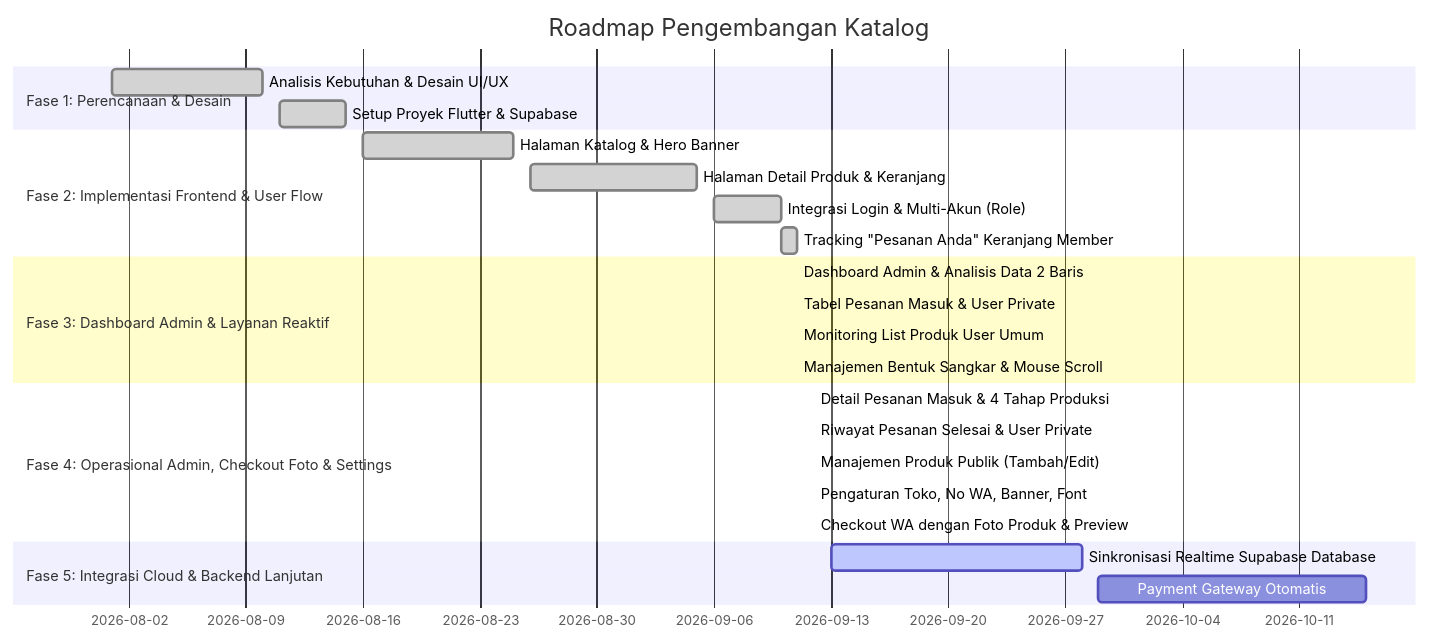
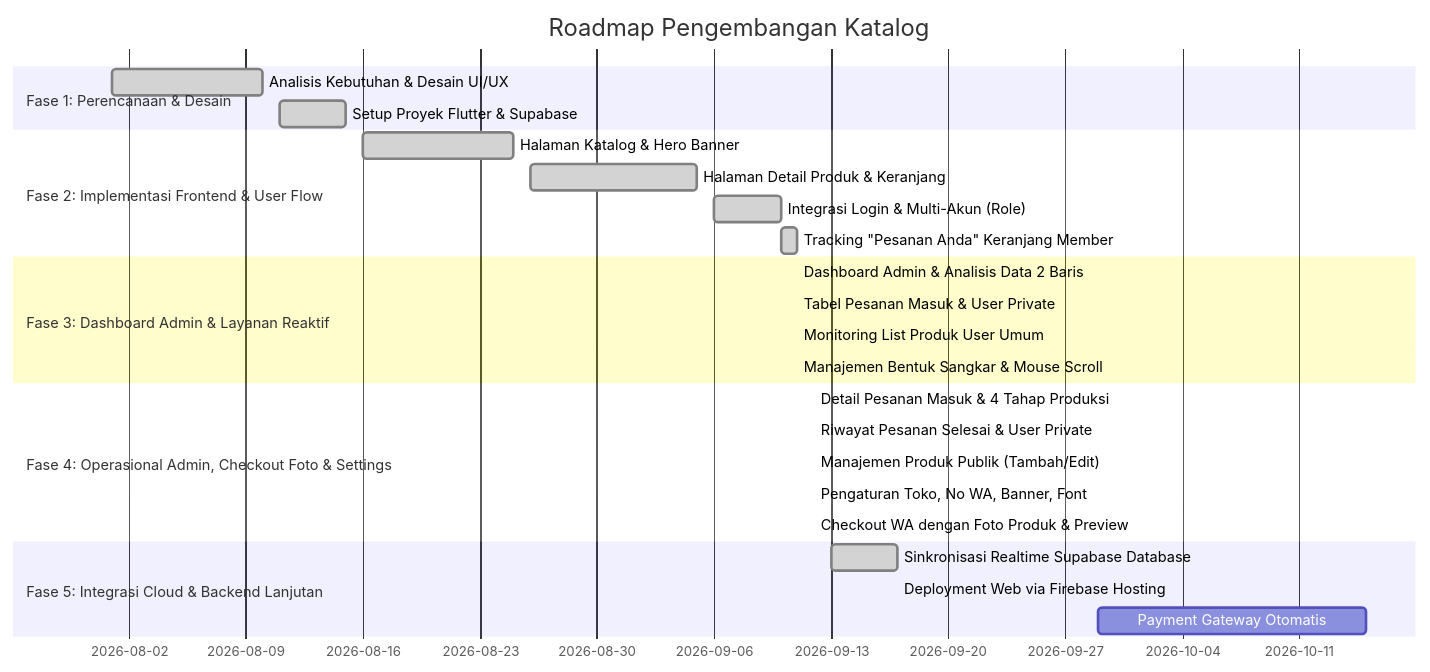
The diagram in dokumen/planing/README.md (Dav2257/katalog), drawn with Mermaid before and after one commit. The commit also changed other lines of this file and 10 other files, not shown here.

````diff
--- a/dokumen/planing/README.md
+++ b/dokumen/planing/README.md
@@ -31,27 +31,28 @@
 ```mermaid
 gantt
     title Roadmap Pengembangan Katalog
     dateFormat  YYYY-MM-DD
     section Fase 1: Perencanaan & Desain
     Analisis Kebutuhan & Desain UI/UX       :done,    des1, 2026-08-01, 2026-08-10
     Setup Proyek Flutter & Supabase         :done,    des2, 2026-08-11, 2026-08-15
     section Fase 2: Implementasi Frontend & User Flow
     Halaman Katalog & Hero Banner           :done,    fe1,  2026-08-16, 2026-08-25
     Halaman Detail Produk & Keranjang       :done,    fe2,  2026-08-26, 2026-09-05
     Integrasi Login & Multi-Akun (Role)     :done,    fe3,  2026-09-06, 2026-09-10
     Tracking "Pesanan Anda" Keranjang Member:done,    fe4,  2026-09-10, 2026-09-11
     section Fase 3: Dashboard Admin & Layanan Reaktif
     Dashboard Admin & Analisis Data 2 Baris :done,    adm1, 2026-09-11, 2026-09-11
     Tabel Pesanan Masuk & User Private      :done,    adm2, 2026-09-11, 2026-09-11
     Monitoring List Produk User Umum        :done,    adm3, 2026-09-11, 2026-09-11
     Manajemen Bentuk Sangkar & Mouse Scroll :done,    adm4, 2026-09-11, 2026-09-11
     section Fase 4: Operasional Admin, Checkout Foto & Settings
     Detail Pesanan Masuk & 4 Tahap Produksi :done,    adm5, 2026-09-12, 2026-09-12
     Riwayat Pesanan Selesai & User Private  :done,    adm6, 2026-09-12, 2026-09-12
     Manajemen Produk Publik (Tambah/Edit)   :done,    adm7, 2026-09-12, 2026-09-12
     Pengaturan Toko, No WA, Banner, Font    :done,    adm8, 2026-09-12, 2026-09-12
     Checkout WA dengan Foto Produk & Preview:done,    fe5,  2026-09-12, 2026-09-12
     section Fase 5: Integrasi Cloud & Backend Lanjutan
-    Sinkronisasi Realtime Supabase Database :active,  be1,  2026-09-13, 2026-09-28
+    Sinkronisasi Realtime Supabase Database :done,    be1,  2026-09-13, 2026-09-17
+    Deployment Web via Firebase Hosting     :done,    fe6,  2026-09-17, 2026-09-17
     Payment Gateway Otomatis                :         be2,  2026-09-29, 2026-10-15
 ```
````
